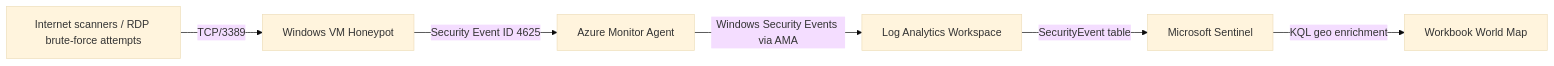
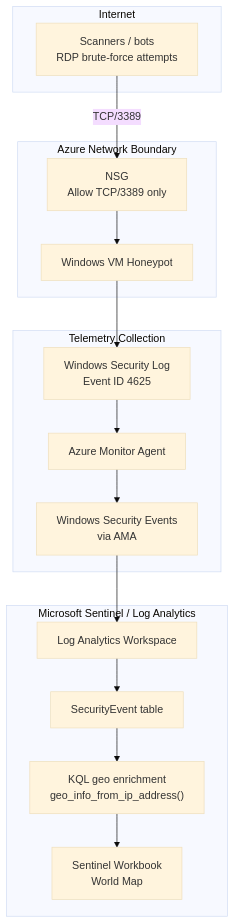
The diagram in README.md (jason-victor1/sentinel-honeypot-rdp-v1), drawn with Mermaid (base theme) before and after one commit. The commit also changed 1 other file, not shown here.

Commit message:
Improve architecture diagram and documentation

````diff
--- a/README.md
+++ b/README.md
@@ -20,8 +20,34 @@
 ```mermaid
-flowchart LR
-    A[Internet scanners / RDP brute-force attempts] -->|TCP/3389| B[Windows VM Honeypot]
-    B -->|Security Event ID 4625| C[Azure Monitor Agent]
-    C -->|Windows Security Events via AMA| D[Log Analytics Workspace]
-    D -->|SecurityEvent table| E[Microsoft Sentinel]
-    E -->|KQL geo enrichment| F[Workbook World Map]
+flowchart TD
+    subgraph Internet["Internet"]
+        A["Scanners / bots<br/>RDP brute-force attempts"]
+    end
+
+    subgraph AzureNetwork["Azure Network Boundary"]
+        B["NSG<br/>Allow TCP/3389 only"]
+        C["Windows VM Honeypot"]
+    end
+
+    subgraph Telemetry["Telemetry Collection"]
+        D["Windows Security Log<br/>Event ID 4625"]
+        E["Azure Monitor Agent"]
+        F["Windows Security Events<br/>via AMA"]
+    end
+
+    subgraph SIEM["Microsoft Sentinel / Log Analytics"]
+        G["Log Analytics Workspace"]
+        H["SecurityEvent table"]
+        I["KQL geo enrichment<br/>geo_info_from_ip_address()"]
+        J["Sentinel Workbook<br/>World Map"]
+    end
+
+    A -->|"TCP/3389"| B
+    B --> C
+    C --> D
+    D --> E
+    E --> F
+    F --> G
+    G --> H
+    H --> I
+    I --> J
 ```
````
